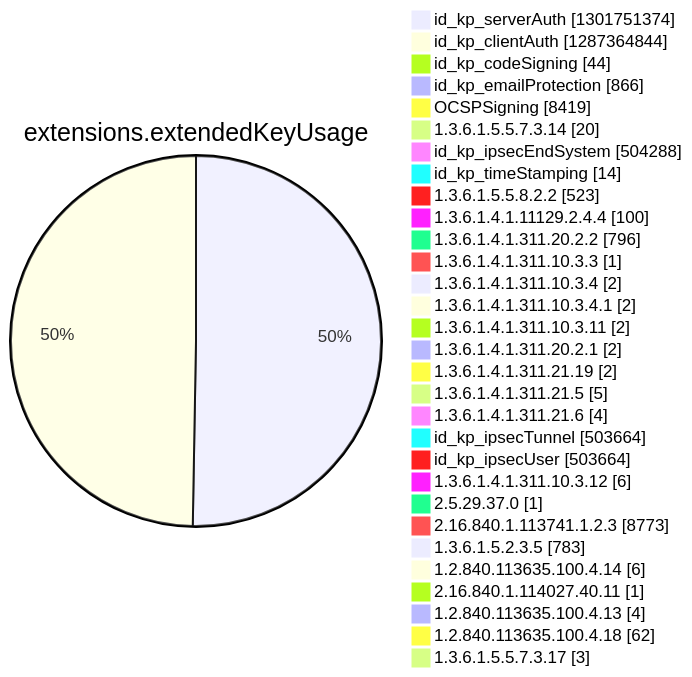
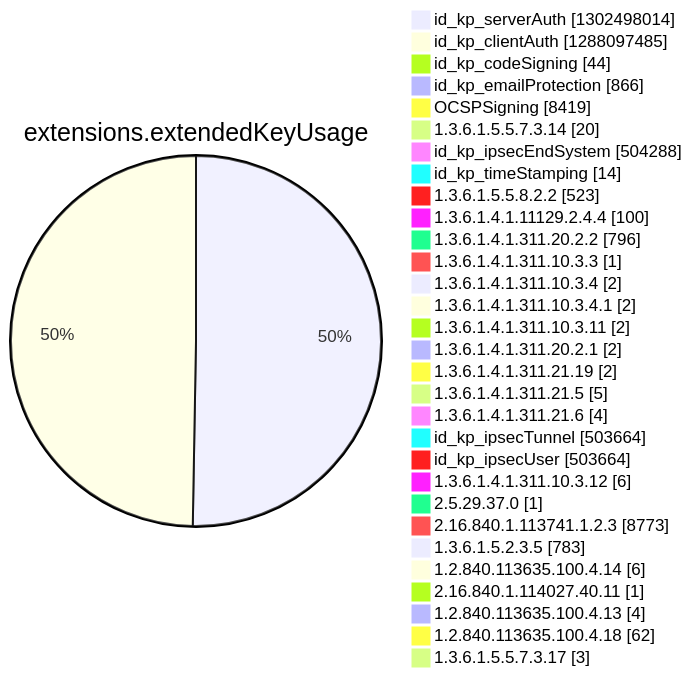
Before and after one commit to christiankrug/ctmonitor_visualization: diagram 12 of 15 in argon2022/README.md, drawn with Mermaid. The commit also changed other lines of this file, not shown here.

````diff
--- a/argon2022/README.md
+++ b/argon2022/README.md
@@ -3551,34 +3551,34 @@
 ```mermaid
 pie showData
 title extensions.extendedKeyUsage
-"id_kp_serverAuth" :1301751374
-"id_kp_clientAuth" :1287364844
+"id_kp_serverAuth" :1302498014
+"id_kp_clientAuth" :1288097485
 "id_kp_codeSigning" :44
 "id_kp_emailProtection" :866
 "OCSPSigning" :8419
 "1.3.6.1.5.5.7.3.14" :20
 "id_kp_ipsecEndSystem" :504288
 "id_kp_timeStamping" :14
 "1.3.6.1.5.5.8.2.2" :523
 "1.3.6.1.4.1.11129.2.4.4" :100
 "1.3.6.1.4.1.311.20.2.2" :796
 "1.3.6.1.4.1.311.10.3.3" :1
 "1.3.6.1.4.1.311.10.3.4" :2
 "1.3.6.1.4.1.311.10.3.4.1" :2
 "1.3.6.1.4.1.311.10.3.11" :2
 "1.3.6.1.4.1.311.20.2.1" :2
 "1.3.6.1.4.1.311.21.19" :2
 "1.3.6.1.4.1.311.21.5" :5
 "1.3.6.1.4.1.311.21.6" :4
 "id_kp_ipsecTunnel" :503664
 "id_kp_ipsecUser" :503664
 "1.3.6.1.4.1.311.10.3.12" :6
 "2.5.29.37.0" :1
 "2.16.840.1.113741.1.2.3" :8773
 "1.3.6.1.5.2.3.5" :783
 "1.2.840.113635.100.4.14" :6
 "2.16.840.1.114027.40.11" :1
 "1.2.840.113635.100.4.13" :4
 "1.2.840.113635.100.4.18" :62
 "1.3.6.1.5.5.7.3.17" :3
 ```
````
